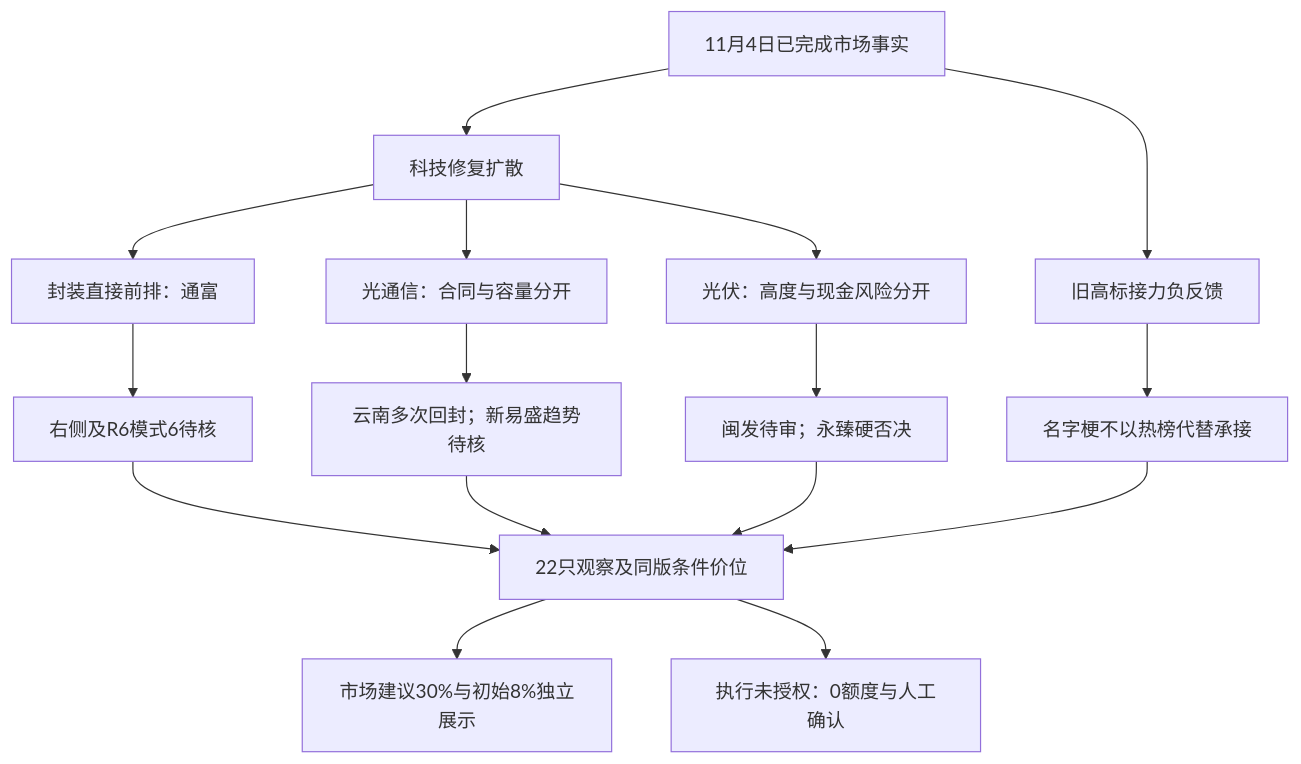
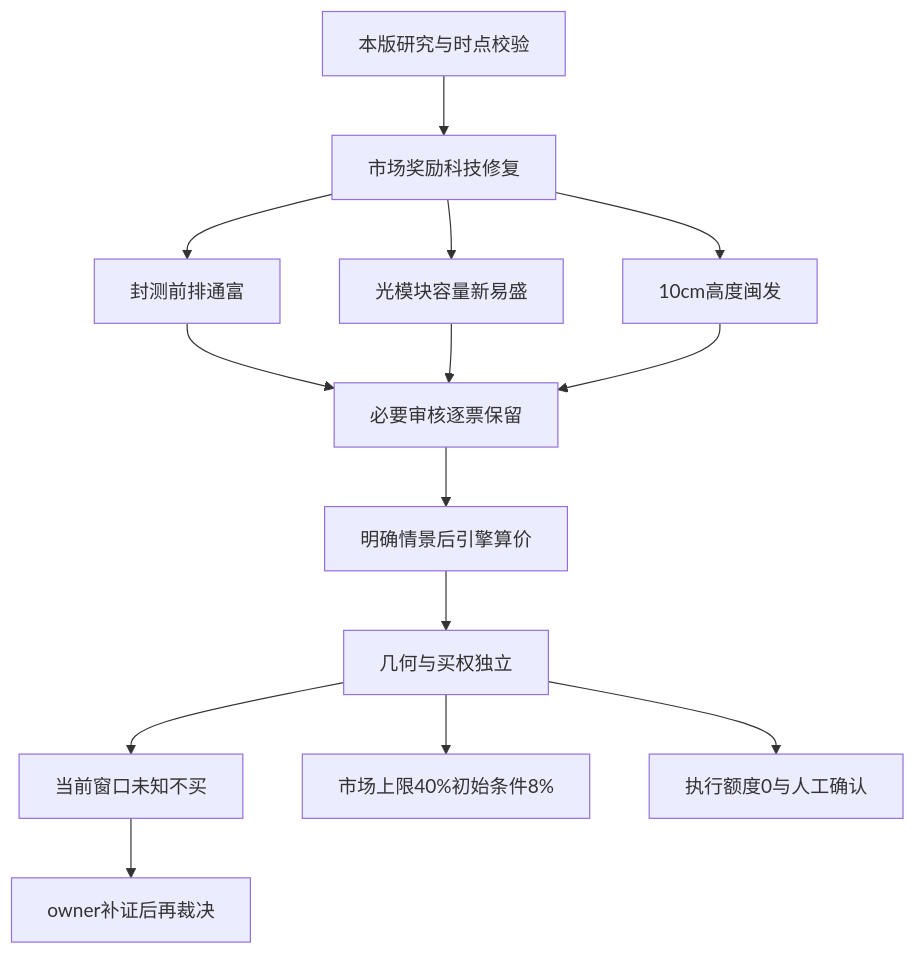
The diagram in content/投研交易/盘前预案/20261105.md (chenyang1999/chzl-kg), drawn with Mermaid before and after one commit. The commit also changed other lines of this file and 6 other files, not shown here.

````diff
--- a/content/投研交易/盘前预案/20261105.md
+++ b/content/投研交易/盘前预案/20261105.md
@@ -123,18 +156,16 @@
 ```mermaid
 flowchart TD
-    A["11月4日已完成市场事实"] --> B["科技修复扩散"]
-    A --> C["旧高标接力负反馈"]
-    B --> D["封装直接前排：通富"]
-    B --> E["光通信：合同与容量分开"]
-    B --> F["光伏：高度与现金风险分开"]
-    C --> G["名字梗不以热榜代替承接"]
-    D --> H["右侧及R6模式6待核"]
-    E --> I["云南多次回封；新易盛趋势待核"]
-    F --> J["闽发待审；永臻硬否决"]
-    H --> K["22只观察及同版条件价位"]
-    I --> K
-    J --> K
-    G --> K
-    K --> L["市场建议30%与初始8%独立展示"]
-    K --> M["执行未授权：0额度与人工确认"]
+ A["本版研究与时点校验"] --> B["市场奖励科技修复"]
+ B --> C["封测前排通富"]
+ B --> D["光模块容量新易盛"]
+ B --> E["10cm高度闽发"]
+ C --> F["必要审核逐票保留"]
+ D --> F
+ E --> F
+ F --> G["明确情景后引擎算价"]
+ G --> H["几何与买权独立"]
+ H --> I["当前窗口未知不买"]
+ H --> J["市场上限40%初始条件8%"]
+ H --> K["执行额度0与人工确认"]
+ I --> L["owner补证后再裁决"]
 ```
````
